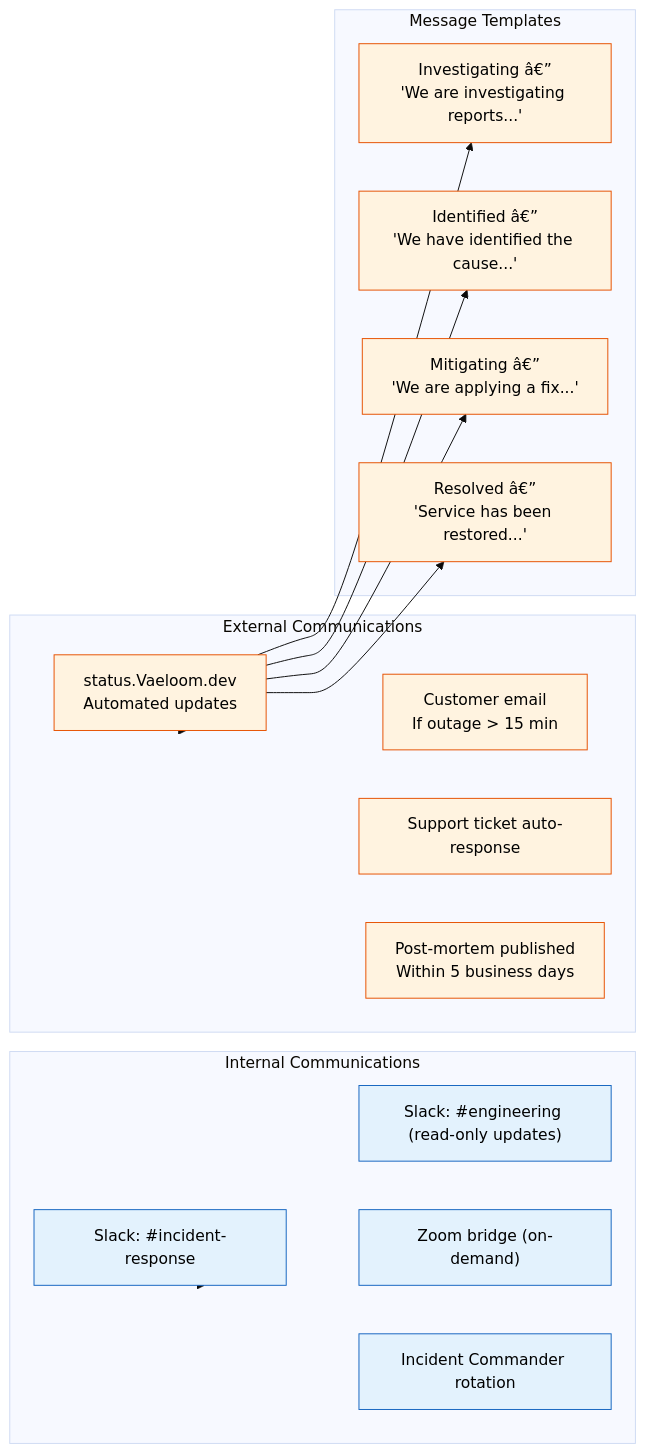
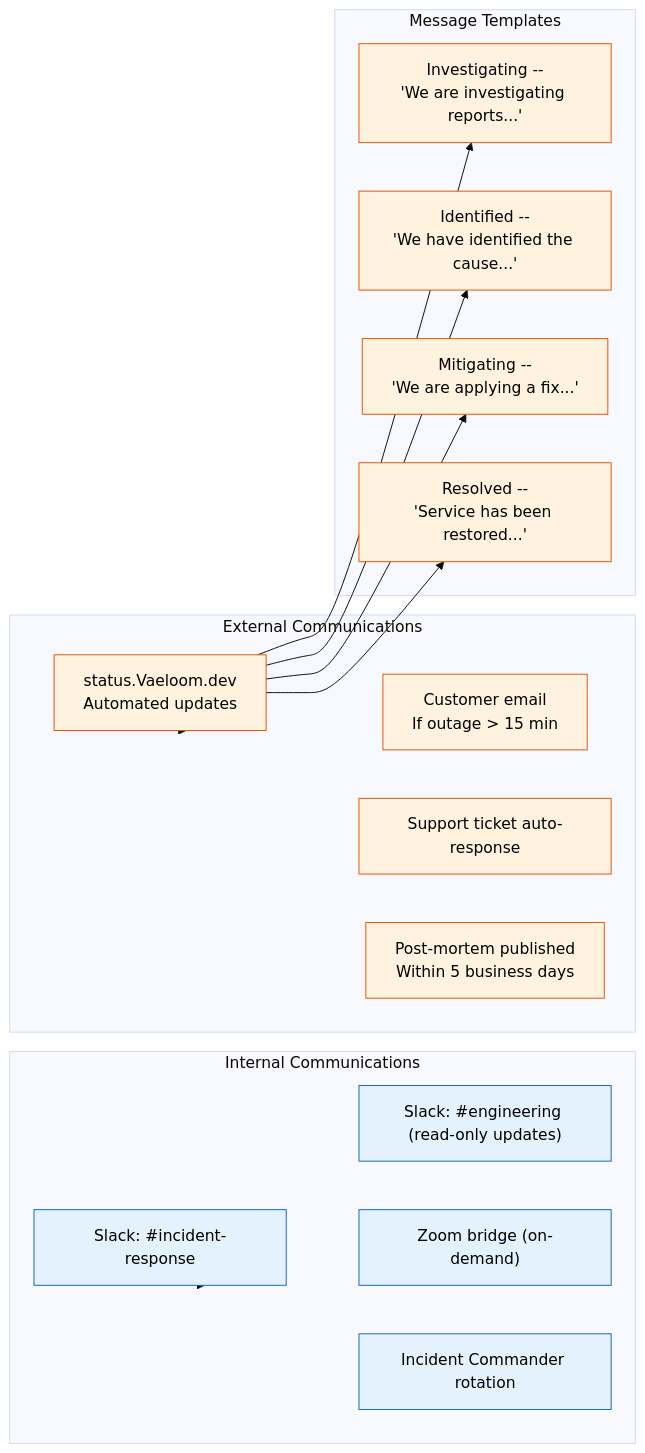
Before and after one commit to Driftloom/Vaeloom: the third of 3 diagrams in Docs/Operations/Business-Continuity-Plan.md, drawn with Mermaid (base theme). The commit also changed other lines of this file and 16 other files, not shown here.

````diff
--- a/Docs/Operations/Business-Continuity-Plan.md
+++ b/Docs/Operations/Business-Continuity-Plan.md
@@ -104,34 +104,34 @@
 ```mermaid
 graph LR
     classDef internal fill:#e3f2fd,stroke:#1565c0,color:#000
     classDef external fill:#fff3e0,stroke:#e65100,color:#000
 
     subgraph Internal["Internal Communications"]
         I1["Slack: #incident-response"]
         I2["Slack: #engineering (read-only updates)"]
         I3["Zoom bridge (on-demand)"]
         I4["Incident Commander rotation"]
     end
 
     subgraph External["External Communications"]
         E1["status.Vaeloom.dev<br/>Automated updates"]
         E2["Customer email<br/>If outage > 15 min"]
         E3["Support ticket auto-response"]
         E4["Post-mortem published<br/>Within 5 business days"]
     end
 
     subgraph Templates["Message Templates"]
-        T1["Investigating â€”<br/>'We are investigating reports...'"]
-        T2["Identified â€”<br/>'We have identified the cause...'"]
-        T3["Mitigating â€”<br/>'We are applying a fix...'"]
-        T4["Resolved â€”<br/>'Service has been restored...'"]
+        T1["Investigating --<br/>'We are investigating reports...'"]
+        T2["Identified --<br/>'We have identified the cause...'"]
+        T3["Mitigating --<br/>'We are applying a fix...'"]
+        T4["Resolved --<br/>'Service has been restored...'"]
     end
 
     Internal --> I1 & I2 & I3 & I4
     External --> E1 & E2 & E3 & E4
     E1 --> T1 & T2 & T3 & T4
 
     class I1,I2,I3,I4 internal
     class E1,E2,E3,E4 external
     class T1,T2,T3,T4 external
 ```
````
